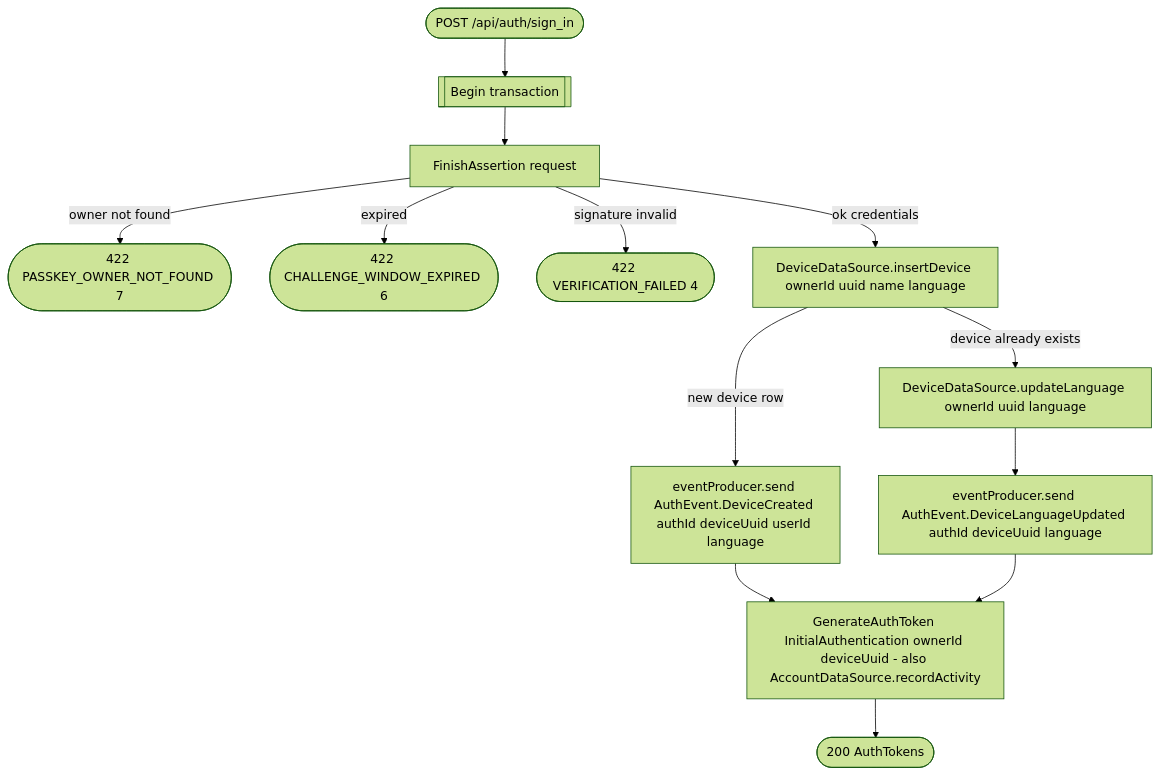
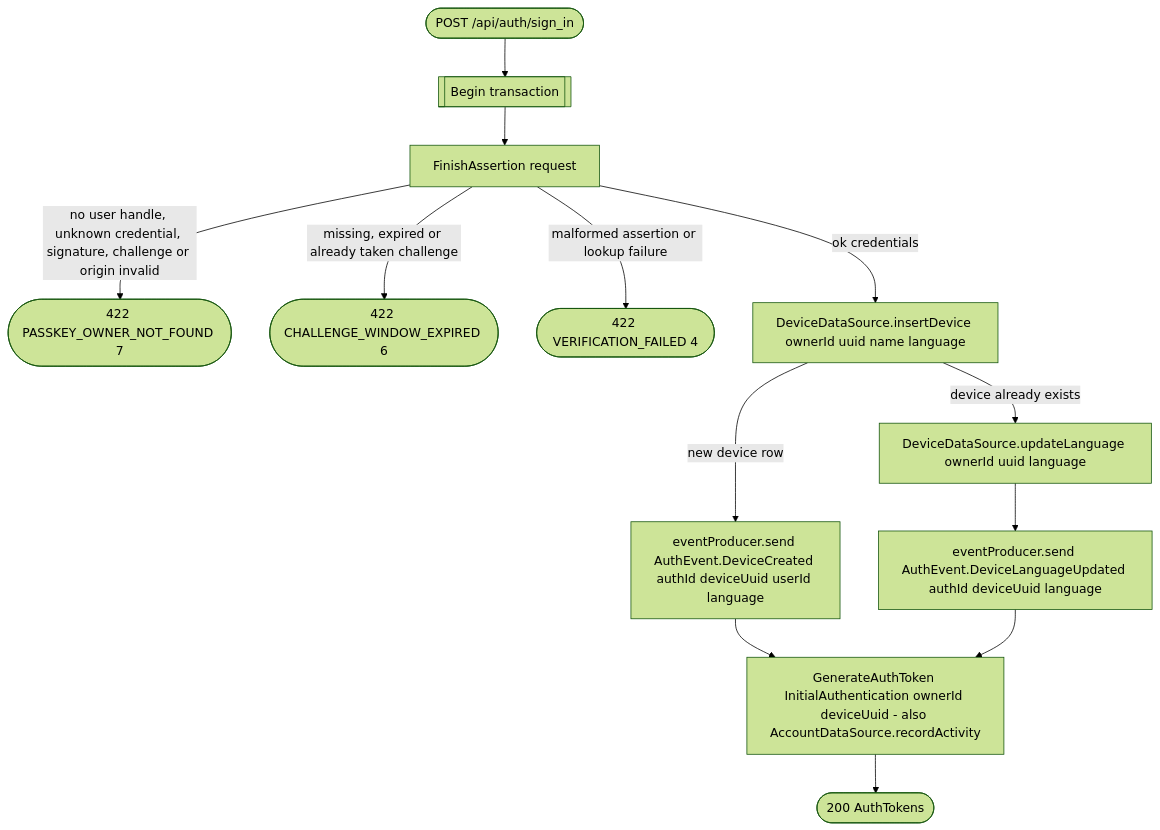
One commit to nocturneproperties/bookkme changed the diagram in docs/operations/authorization/sign-in.md. Above: the diagram before and after it, drawn with Mermaid (forest theme). The commit also changed 21 other files, not shown here.

````diff
--- a/docs/operations/authorization/sign-in.md
+++ b/docs/operations/authorization/sign-in.md
@@ -10,15 +10,15 @@
 ```mermaid
 flowchart TD
     Start([POST /api/auth/sign_in]) --> Tx[[Begin transaction]]
     Tx --> Verify[FinishAssertion request]
-    Verify -- owner not found --> R422a([422 PASSKEY_OWNER_NOT_FOUND 7])
-    Verify -- expired --> R422b([422 CHALLENGE_WINDOW_EXPIRED 6])
-    Verify -- signature invalid --> R422c([422 VERIFICATION_FAILED 4])
+    Verify -- no user handle, unknown credential, signature, challenge or origin invalid --> R422a([422 PASSKEY_OWNER_NOT_FOUND 7])
+    Verify -- missing, expired or already taken challenge --> R422b([422 CHALLENGE_WINDOW_EXPIRED 6])
+    Verify -- malformed assertion or lookup failure --> R422c([422 VERIFICATION_FAILED 4])
     Verify -- ok credentials --> InsertDevice[DeviceDataSource.insertDevice ownerId uuid name language]
     InsertDevice -- new device row --> DeviceCreatedEvt[eventProducer.send AuthEvent.DeviceCreated authId deviceUuid userId language]
     InsertDevice -- device already exists --> UpdateLang[DeviceDataSource.updateLanguage ownerId uuid language]
     UpdateLang --> LangEvt[eventProducer.send AuthEvent.DeviceLanguageUpdated authId deviceUuid language]
     DeviceCreatedEvt --> GenToken[GenerateAuthToken InitialAuthentication ownerId deviceUuid - also AccountDataSource.recordActivity]
     LangEvt --> GenToken
     GenToken --> R200([200 AuthTokens])
 ```
````
